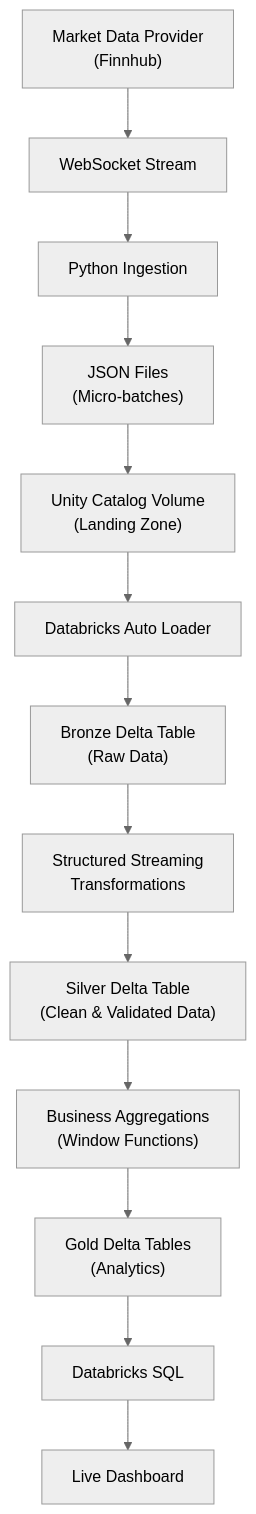
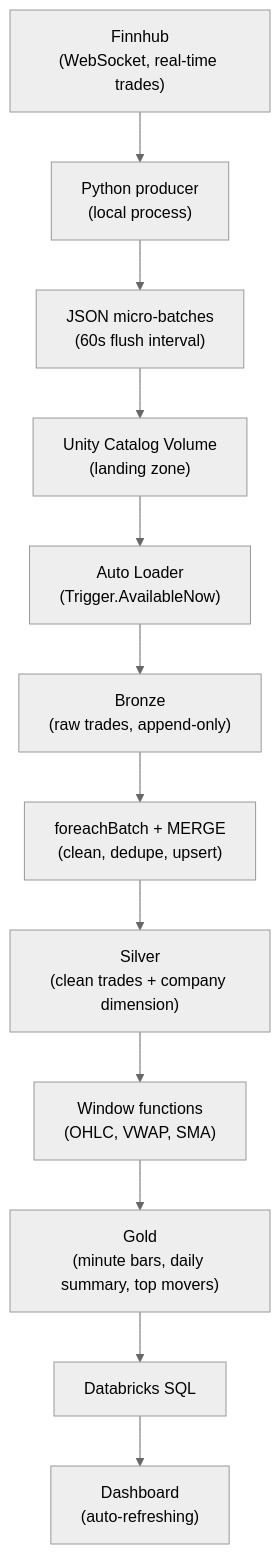
One commit to georgios-anagn/realtime-market-data-lakehouse changed the diagram in README.md. Above: the diagram before and after it, drawn with Mermaid (neutral theme). The commit also changed other lines of this file, not shown here.

````diff
--- a/README.md
+++ b/README.md
@@ -6,29 +9,17 @@
 ```mermaid
 flowchart TD
-    A["Market Data Provider<br/>(Finnhub)"]
-    B["WebSocket Stream"]
-    C["Python Ingestion"]
-    D["JSON Files<br/>(Micro-batches)"]
-    E["Unity Catalog Volume<br/>(Landing Zone)"]
-    F["Databricks Auto Loader"]
-    G["Bronze Delta Table<br/>(Raw Data)"]
-    H["Structured Streaming<br/>Transformations"]
-    I["Silver Delta Table<br/>(Clean & Validated Data)"]
-    J["Business Aggregations<br/>(Window Functions)"]
-    K["Gold Delta Tables<br/>(Analytics)"]
-    L["Databricks SQL"]
-    M["Live Dashboard"]
+    A["Finnhub<br/>(WebSocket, real-time trades)"]
+    B["Python producer<br/>(local process)"]
+    C["JSON micro-batches<br/>(60s flush interval)"]
+    D["Unity Catalog Volume<br/>(landing zone)"]
+    E["Auto Loader<br/>(Trigger.AvailableNow)"]
+    F["Bronze<br/>(raw trades, append-only)"]
+    G["foreachBatch + MERGE<br/>(clean, dedupe, upsert)"]
+    H["Silver<br/>(clean trades + company dimension)"]
+    I["Window functions<br/>(OHLC, VWAP, SMA)"]
+    J["Gold<br/>(minute bars, daily summary, top movers)"]
+    K["Databricks SQL"]
+    L["Dashboard<br/>(auto-refreshing)"]
 
-    A --> B
-    B --> C
-    C --> D
-    D --> E
-    E --> F
-    F --> G
-    G --> H
-    H --> I
-    I --> J
-    J --> K
-    K --> L
-    L --> M
+    A --> B --> C --> D --> E --> F --> G --> H --> I --> J --> K --> L
 ```
````
